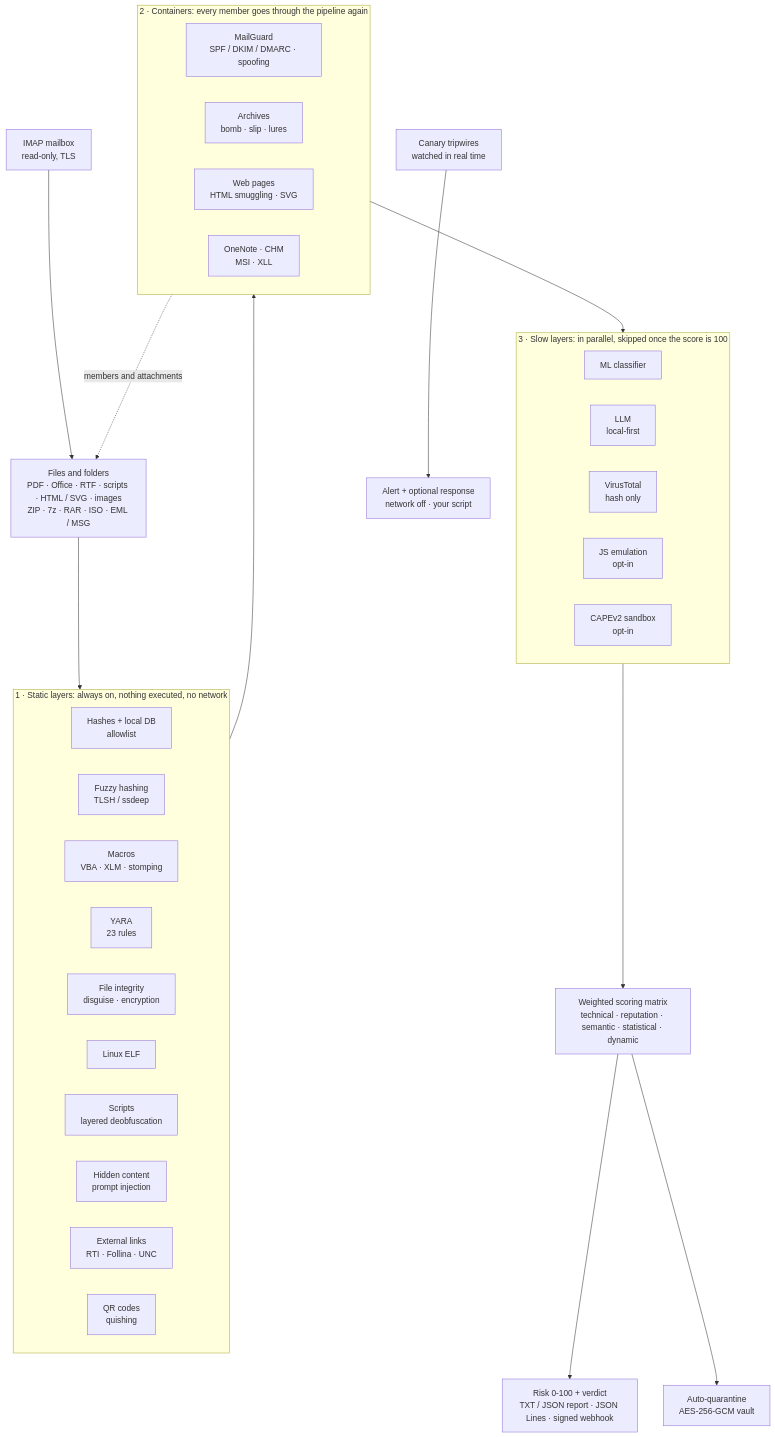
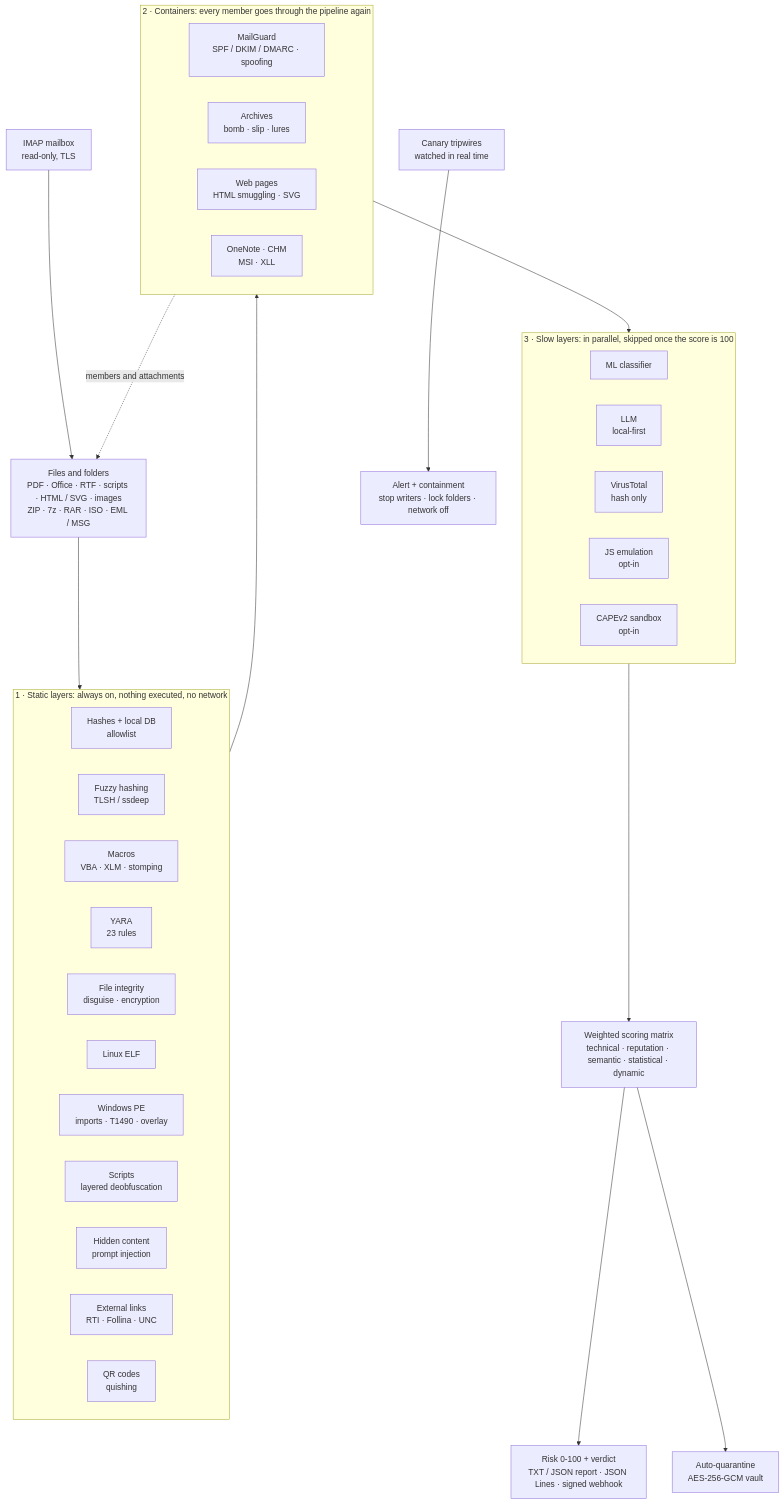
One commit to Abdelrahman-El-Maghraby/hybrid-ransomware-detector changed the diagram in README.md. Above: the diagram before and after it, drawn with Mermaid. The commit also changed other lines of this file and 5 other files, not shown here.

First line of the commit message:
4.6.0: version, changelog, README, architecture, threat model, deployment

````diff
--- a/README.md
+++ b/README.md
@@ -136,44 +160,45 @@
 ```mermaid
 flowchart TD
     IN["Files and folders<br/>PDF · Office · RTF · scripts · HTML / SVG · images<br/>ZIP · 7z · RAR · ISO · EML / MSG"]
     MBX["IMAP mailbox<br/>read-only, TLS"] --> IN
     IN --> S1
 
     subgraph S1["1 · Static layers: always on, nothing executed, no network"]
         direction LR
         H["Hashes + local DB<br/>allowlist"]
         FZ["Fuzzy hashing<br/>TLSH / ssdeep"]
         MA["Macros<br/>VBA · XLM · stomping"]
         Y["YARA<br/>23 rules"]
         FI["File integrity<br/>disguise · encryption"]
         EL["Linux ELF"]
+        PE["Windows PE<br/>imports · T1490 · overlay"]
         SC["Scripts<br/>layered deobfuscation"]
         PG["Hidden content<br/>prompt injection"]
         RL["External links<br/>RTI · Follina · UNC"]
         QR["QR codes<br/>quishing"]
     end
 
     subgraph S2["2 · Containers: every member goes through the pipeline again"]
         direction LR
         MG["MailGuard<br/>SPF / DKIM / DMARC · spoofing"]
         AR["Archives<br/>bomb · slip · lures"]
         WB["Web pages<br/>HTML smuggling · SVG"]
         EM["OneNote · CHM<br/>MSI · XLL"]
     end
 
     subgraph S3["3 · Slow layers: in parallel, skipped once the score is 100"]
         direction LR
         ML["ML classifier"]
         LLM["LLM<br/>local-first"]
         VT["VirusTotal<br/>hash only"]
         EMU["JS emulation<br/>opt-in"]
         SB["CAPEv2 sandbox<br/>opt-in"]
     end
 
     S1 --> S2 --> S3
     S2 -. "members and attachments" .-> IN
     S3 --> SM["Weighted scoring matrix<br/>technical · reputation · semantic · statistical · dynamic"]
     SM --> OUT["Risk 0-100 + verdict<br/>TXT / JSON report · JSON Lines · signed webhook"]
     SM --> Q["Auto-quarantine<br/>AES-256-GCM vault"]
-    CN["Canary tripwires<br/>watched in real time"] --> AL["Alert + optional response<br/>network off · your script"]
+    CN["Canary tripwires<br/>watched in real time"] --> AL["Alert + containment<br/>stop writers · lock folders · network off"]
 ```
````
